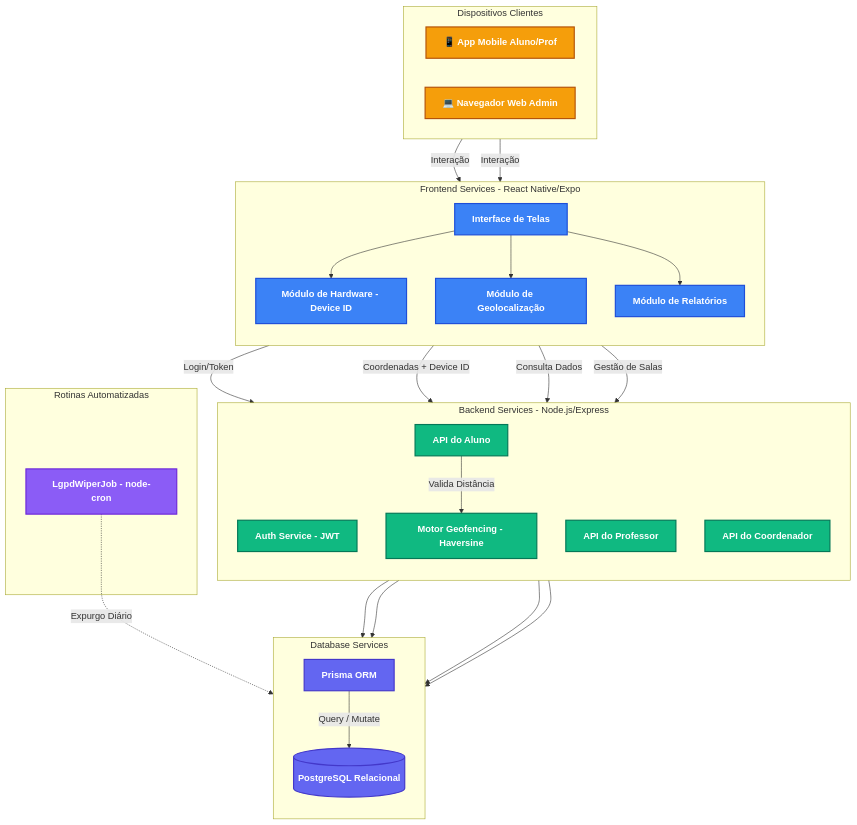
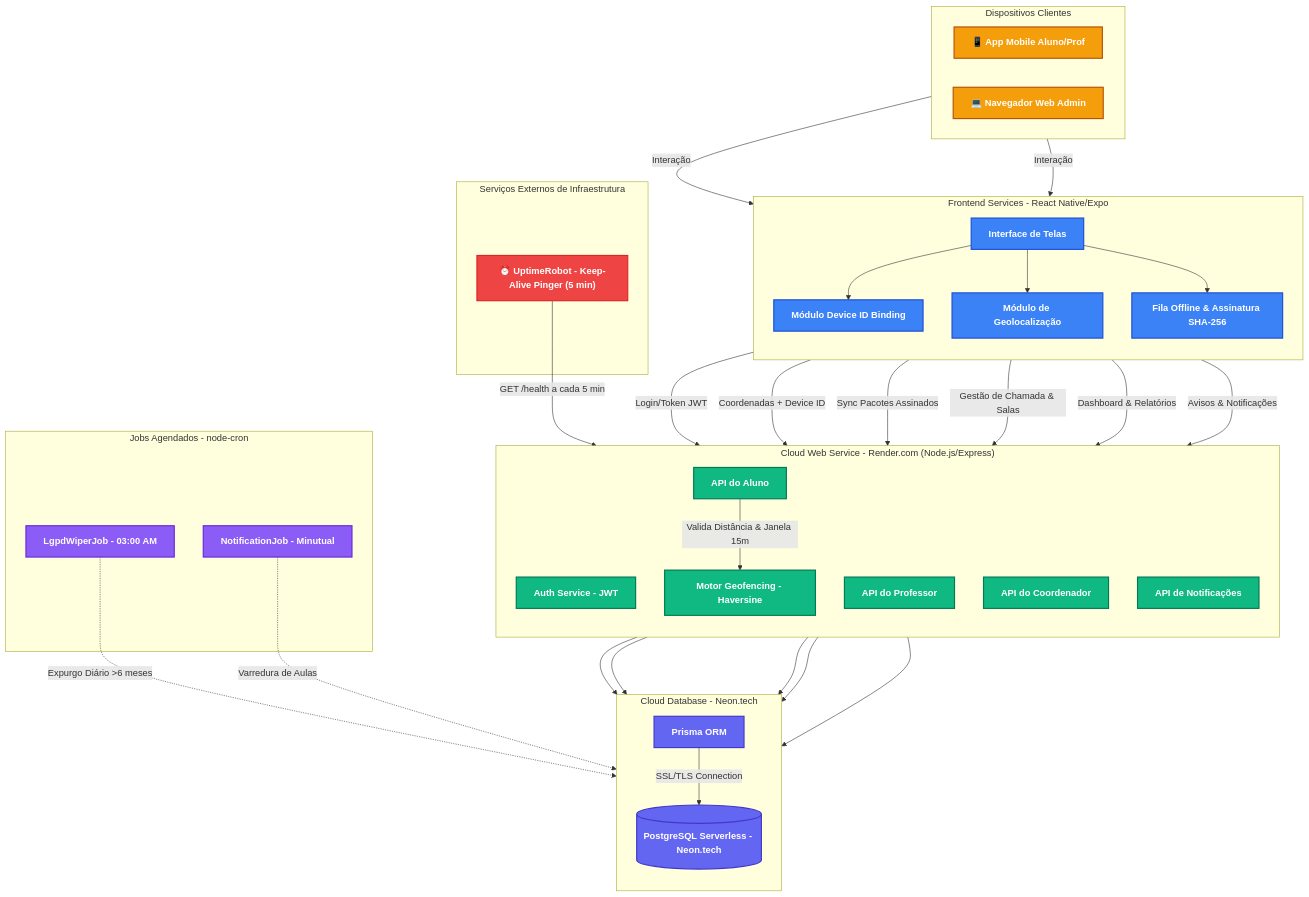
One commit to caneschi-lais/geoclass changed the diagram in README.md. Above: the diagram before and after it, drawn with Mermaid. The commit also changed other lines of this file and 17 other files, not shown here.

Commit message:
refactor: reorganize documentation structure by moving markdown files into a dedicated diagrams directory and creating new documentation files.

````diff
--- a/README.md
+++ b/README.md
@@ -136,10 +140,15 @@
 ```mermaid
-graph TD
+flowchart TD
+    classDef external fill:#ef4444,stroke:#dc2626,stroke-width:2px,color:#fff,font-weight:bold
     classDef client fill:#f59e0b,stroke:#b45309,stroke-width:2px,color:#fff,font-weight:bold
     classDef frontend fill:#3b82f6,stroke:#1d4ed8,stroke-width:2px,color:#fff,font-weight:bold
     classDef backend fill:#10b981,stroke:#047857,stroke-width:2px,color:#fff,font-weight:bold
     classDef database fill:#6366f1,stroke:#4338ca,stroke-width:2px,color:#fff,font-weight:bold
     classDef job fill:#8b5cf6,stroke:#6d28d9,stroke-width:2px,color:#fff,font-weight:bold
+
+    subgraph External ["Serviços Externos de Infraestrutura"]
+        UptimeRobot["⏰ UptimeRobot - Keep-Alive Pinger (5 min)"]:::external
+    end
 
     subgraph Clients ["Dispositivos Clientes"]
         direction LR
@@ -150,44 +159,64 @@
     subgraph Frontend ["Frontend Services - React Native/Expo"]
         direction TB
         UI["Interface de Telas"]:::frontend
-        Device["Módulo de Hardware - Device ID"]:::frontend
+        Device["Módulo Device ID Binding"]:::frontend
         GPS["Módulo de Geolocalização"]:::frontend
-        Export["Módulo de Relatórios"]:::frontend
+        OfflineQ["Fila Offline & Assinatura SHA-256"]:::frontend
     end
 
-    subgraph Backend ["Backend Services - Node.js/Express"]
+    subgraph Backend ["Cloud Web Service - Render.com (Node.js/Express)"]
         direction TB
         Auth["Auth Service - JWT"]:::backend
         GeoEngine["Motor Geofencing - Haversine"]:::backend
         StudentAPI["API do Aluno"]:::backend
         ProfAPI["API do Professor"]:::backend
         CoordAPI["API do Coordenador"]:::backend
+        NotifAPI["API de Notificações"]:::backend
     end
 
-    subgraph Background ["Rotinas Automatizadas"]
-        Cron["LgpdWiperJob - node-cron"]:::job
+    subgraph Background ["Jobs Agendados - node-cron"]
+        CronLGPD["LgpdWiperJob - 03:00 AM"]:::job
+        CronNotif["NotificationJob - Minutual"]:::job
     end
 
-    subgraph Persistence ["Database Services"]
+    subgraph Persistence ["Cloud Database - Neon.tech"]
         direction TB
         ORM["Prisma ORM"]:::database
-        DB[("PostgreSQL Relacional")]:::database
+        DB[("PostgreSQL Serverless - Neon.tech")]:::database
     end
 
+    %% Keep-Alive
+    UptimeRobot -->|GET /health a cada 5 min| Backend
+
+    %% Interações Usuário -> Frontend
     Mobile -->|Interação| UI
     Web -->|Interação| UI
+
+    %% Fluxos Internos do Frontend
     UI --> Device
     UI --> GPS
-    UI --> Export
-    UI -->|Login/Token| Auth
+    UI --> OfflineQ
+
+    %% Comunicação Frontend -> Render API
+    UI -->|Login/Token JWT| Auth
     GPS -->|Coordenadas + Device ID| StudentAPI
-    Export -->|Consulta Dados| CoordAPI
-    UI -->|Gestão de Salas| ProfAPI
-    StudentAPI -->|Valida Distância| GeoEngine
+    OfflineQ -->|Sync Pacotes Assinados| StudentAPI
+    UI -->|Gestão de Chamada & Salas| ProfAPI
+    UI -->|Dashboard & Relatórios| CoordAPI
+    UI -->|Avisos & Notificações| NotifAPI
+
+    %% Fluxos Internos do Backend
+    StudentAPI -->|Valida Distância & Janela 15m| GeoEngine
     Auth --> ORM
     StudentAPI --> ORM
     ProfAPI --> ORM
     CoordAPI --> ORM
-    ORM -->|Query / Mutate| DB
-    Cron -.->|Expurgo Diário| DB
+    NotifAPI --> ORM
+
+    %% Camada de Persistência em Nuvem
+    ORM -->|SSL/TLS Connection| DB
+
+    %% Jobs Background
+    CronLGPD -.->|Expurgo Diário >6 meses| DB
+    CronNotif -.->|Varredura de Aulas| DB
 ```
````
